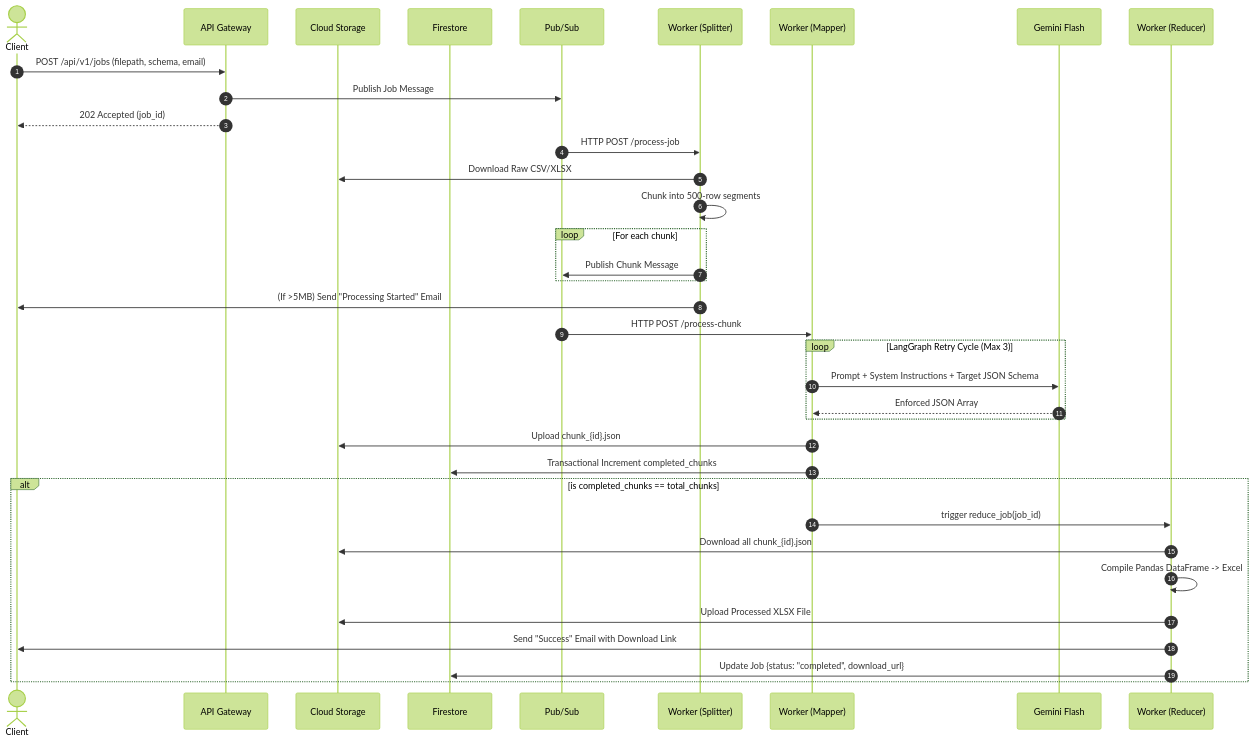
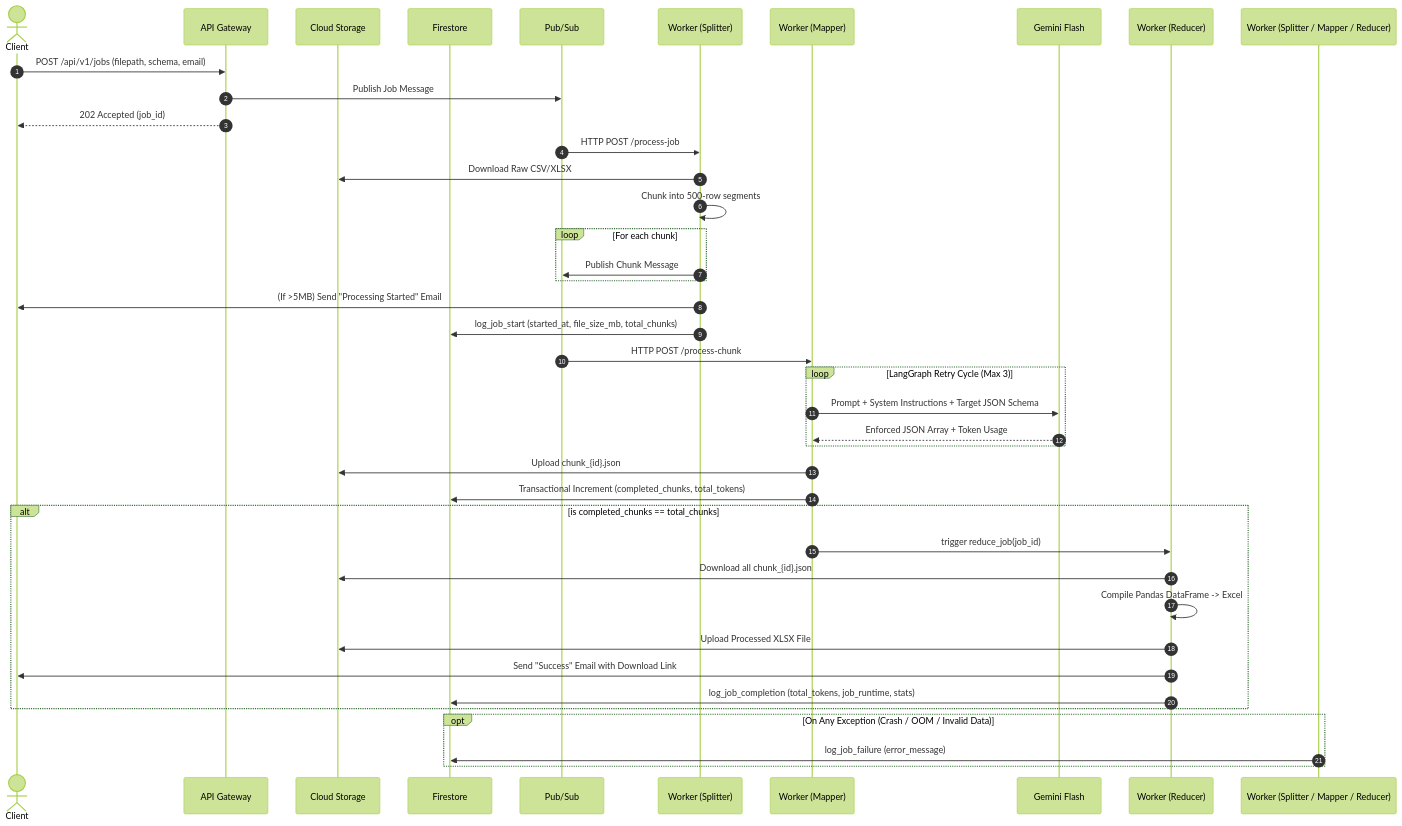
One commit to halcyon-past/Structurify changed the second of 2 diagrams in ARCHITECTURE.md. Above: the diagram before and after it, drawn with Mermaid (forest theme). The commit also changed other lines of this file and 1 other file, not shown here.

Commit message:
docs: update architecture documentation with observability and telemetry details

````diff
--- a/ARCHITECTURE.md
+++ b/ARCHITECTURE.md
@@ -75,43 +75,48 @@
 ```mermaid
 sequenceDiagram
     autonumber
     actor Client
     participant API Gateway
     participant Cloud Storage
     participant Firestore
     participant Pub/Sub
     participant Worker (Splitter)
     participant Worker (Mapper)
     participant Gemini Flash
     participant Worker (Reducer)
 
     Client->>API Gateway: POST /api/v1/jobs (filepath, schema, email)
     API Gateway->>Pub/Sub: Publish Job Message
     API Gateway-->>Client: 202 Accepted (job_id)
 
     Pub/Sub->>Worker (Splitter): HTTP POST /process-job
     Worker (Splitter)->>Cloud Storage: Download Raw CSV/XLSX
     Worker (Splitter)->>Worker (Splitter): Chunk into 500-row segments
     loop For each chunk
         Worker (Splitter)->>Pub/Sub: Publish Chunk Message
     end
     
     Worker (Splitter)->>Client: (If >5MB) Send "Processing Started" Email
+    Worker (Splitter)->>Firestore: log_job_start (started_at, file_size_mb, total_chunks)
     
     Pub/Sub->>Worker (Mapper): HTTP POST /process-chunk
     loop LangGraph Retry Cycle (Max 3)
         Worker (Mapper)->>Gemini Flash: Prompt + System Instructions + Target JSON Schema
-        Gemini Flash-->>Worker (Mapper): Enforced JSON Array
+        Gemini Flash-->>Worker (Mapper): Enforced JSON Array + Token Usage
     end
     Worker (Mapper)->>Cloud Storage: Upload chunk_{id}.json
-    Worker (Mapper)->>Firestore: Transactional Increment completed_chunks
+    Worker (Mapper)->>Firestore: Transactional Increment (completed_chunks, total_tokens)
     
     alt is completed_chunks == total_chunks
         Worker (Mapper)->>Worker (Reducer): trigger reduce_job(job_id)
         Worker (Reducer)->>Cloud Storage: Download all chunk_{id}.json
         Worker (Reducer)->>Worker (Reducer): Compile Pandas DataFrame -> Excel
         Worker (Reducer)->>Cloud Storage: Upload Processed XLSX File
         Worker (Reducer)->>Client: Send "Success" Email with Download Link
-        Worker (Reducer)->>Firestore: Update Job {status: "completed", download_url}
+        Worker (Reducer)->>Firestore: log_job_completion (total_tokens, job_runtime, stats)
+    end
+    
+    opt On Any Exception (Crash / OOM / Invalid Data)
+        Worker (Splitter / Mapper / Reducer)->>Firestore: log_job_failure (error_message)
     end
 ```
````
